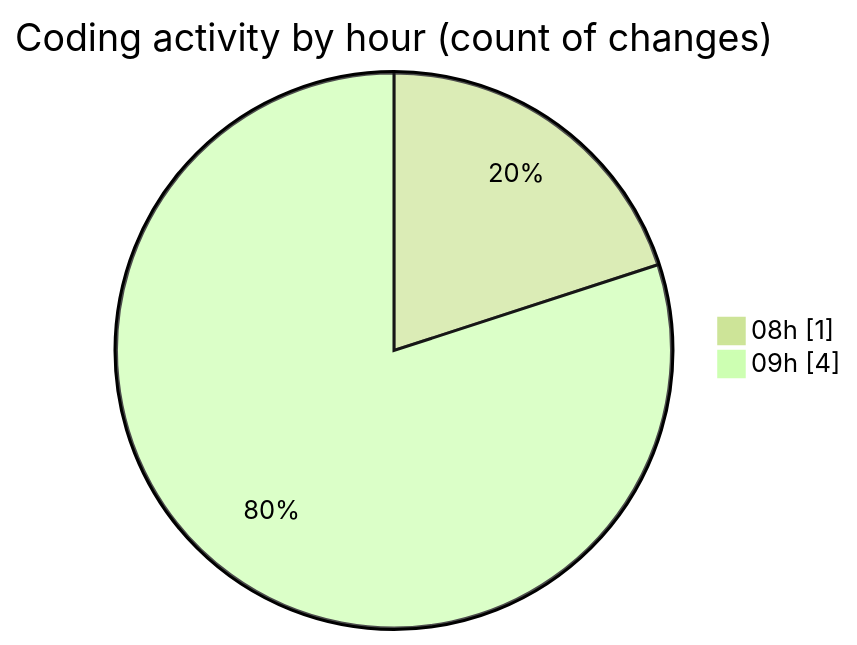
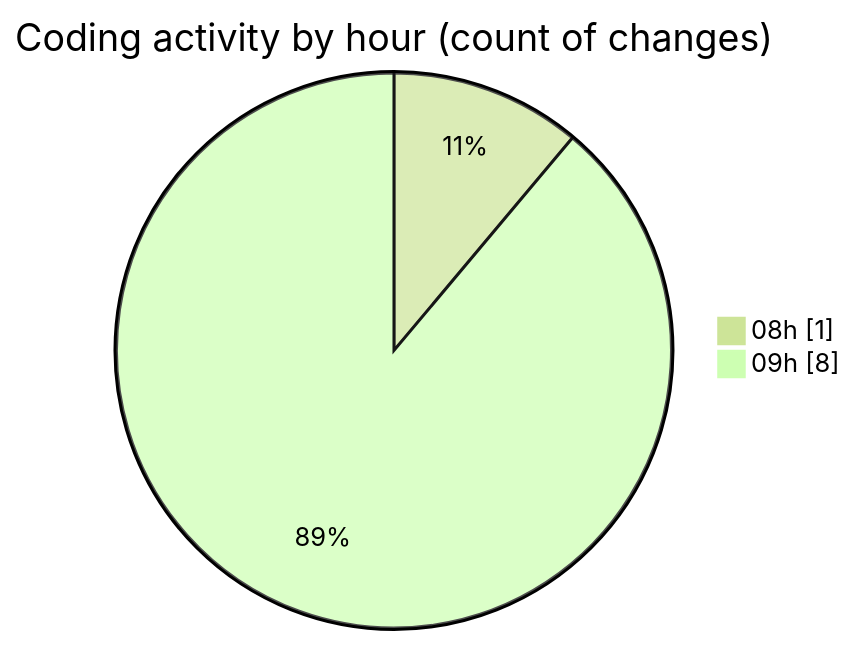
Before and after one commit to LanceThiago/code-tracking: the second of 2 diagrams in 2026-09-15/web/README.md, drawn with Mermaid (forest theme). The commit also changed other lines of this file and 1 other file, not shown here.

````diff
--- a/2026-09-15/web/README.md
+++ b/2026-09-15/web/README.md
@@ -29,6 +30,6 @@
 ```mermaid
 pie showData
 title Coding activity by hour (count of changes)
 "08h" : 1
-"09h" : 4
+"09h" : 8
 ```
````
